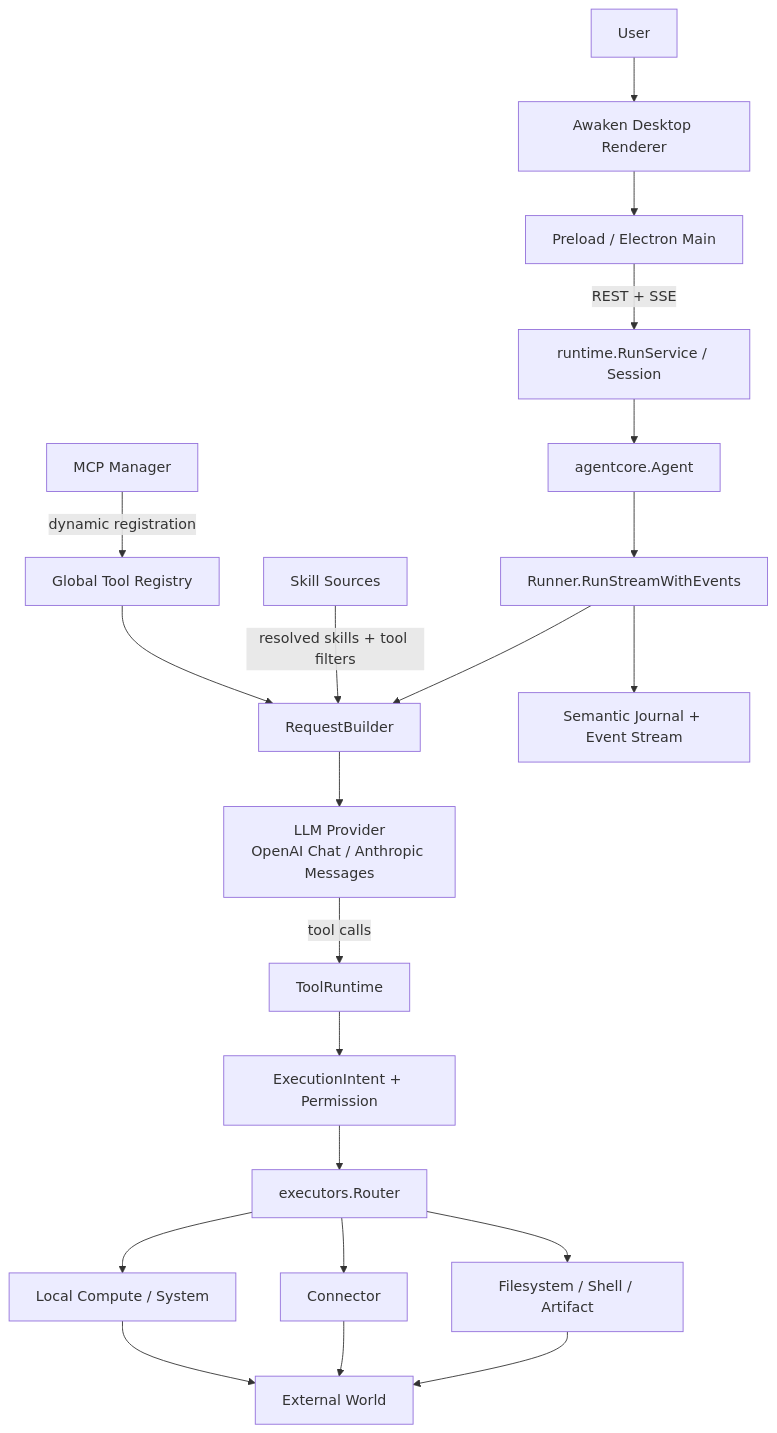
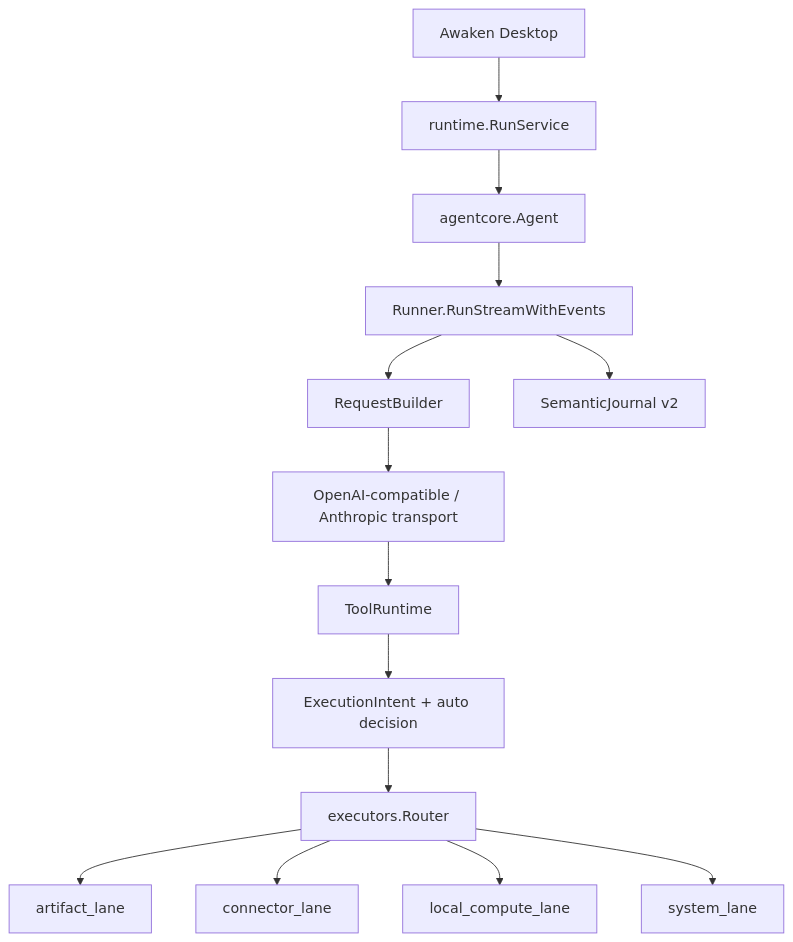
The first of 4 diagrams in docs/10_计算机操作能力/计算机操作能力设计契约.md (NolanGrant556/Awaken), drawn with Mermaid before and after one commit. The commit also changed other lines of this file, not shown here.

````diff
--- a/docs/10_计算机操作能力/计算机操作能力设计契约.md
+++ b/docs/10_计算机操作能力/计算机操作能力设计契约.md
@@ -86,23 +64,16 @@
 ```mermaid
-flowchart TB
-    U["User"] --> D["Awaken Desktop Renderer"]
-    D --> P["Preload / Electron Main"]
-    P -->|"REST + SSE"| RS["runtime.RunService / Session"]
-    RS --> A["agentcore.Agent"]
-    A --> R["Runner.RunStreamWithEvents"]
-    R --> RB["RequestBuilder"]
-    RB --> L["LLM Provider\nOpenAI Chat / Anthropic Messages"]
-    L -->|"tool calls"| TR["ToolRuntime"]
-    TR --> I["ExecutionIntent + Permission"]
-    I --> ER["executors.Router"]
-    ER --> FS["Filesystem / Shell / Artifact"]
-    ER --> CN["Connector"]
-    ER --> LC["Local Compute / System"]
-    FS --> W["External World"]
-    CN --> W
-    LC --> W
-    MCP["MCP Manager"] -->|"dynamic registration"| REG["Global Tool Registry"]
-    SK["Skill Sources"] -->|"resolved skills + tool filters"| RB
-    REG --> RB
-    R --> J["Semantic Journal + Event Stream"]
+flowchart TD
+    Desktop["Awaken Desktop"] --> RunService["runtime.RunService"]
+    RunService --> Agent["agentcore.Agent"]
+    Agent --> Runner["Runner.RunStreamWithEvents"]
+    Runner --> RequestBuilder["RequestBuilder"]
+    RequestBuilder --> LLM["OpenAI-compatible / Anthropic transport"]
+    LLM --> ToolRuntime["ToolRuntime"]
+    ToolRuntime --> Intent["ExecutionIntent + auto decision"]
+    Intent --> Router["executors.Router"]
+    Router --> Artifact["artifact_lane"]
+    Router --> Connector["connector_lane"]
+    Router --> Local["local_compute_lane"]
+    Router --> System["system_lane"]
+    Runner --> Journal["SemanticJournal v2"]
 ```
````
